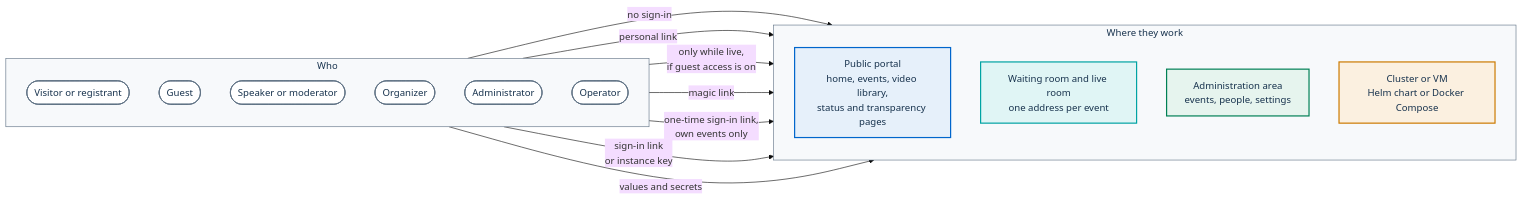
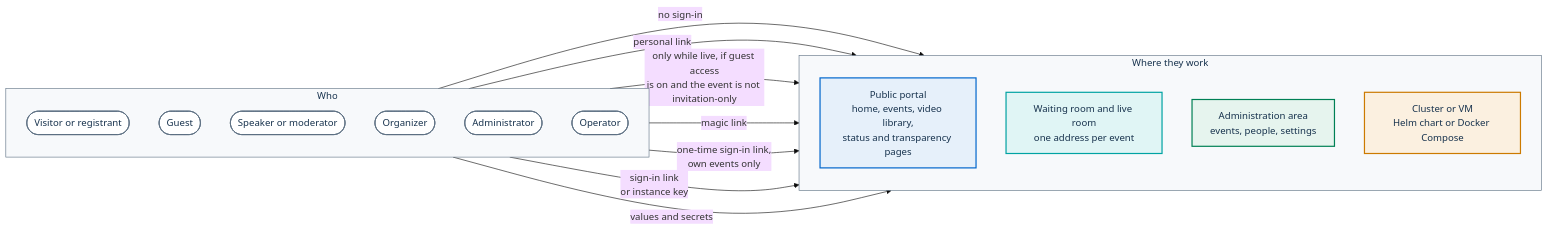
One commit to italia/pa-webinar changed the second of 2 diagrams in docs/FEATURES.md. Above: the diagram before and after it, drawn with Mermaid (base theme). The commit also changed other lines of this file and 107 other files, not shown here.

````diff
--- a/docs/FEATURES.md
+++ b/docs/FEATURES.md
@@ -76,43 +76,43 @@
 ```mermaid
 flowchart LR
   subgraph PEOPLE["Who"]
     direction TB
     R1(["Visitor or registrant"])
     R2(["Guest"])
     R3(["Speaker or moderator"])
     R4(["Organizer"])
     R5(["Administrator"])
     R6(["Operator"])
   end
 
   subgraph SURFACES["Where they work"]
     direction TB
     S1["Public portal<br/>home, events, video library,<br/>status and transparency pages"]
     S2["Waiting room and live room<br/>one address per event"]
     S3["Administration area<br/>events, people, settings"]
     S4["Cluster or VM<br/>Helm chart or Docker Compose"]
   end
 
   R1 -- "no sign-in" --> S1
   R1 -- "personal link" --> S2
-  R2 -- "only while live,<br/>if guest access is on" --> S2
+  R2 -- "only while live, if guest access<br/>is on and the event is not invitation-only" --> S2
   R3 -- "magic link" --> S2
   R4 -- "one-time sign-in link,<br/>own events only" --> S3
   R5 -- "sign-in link<br/>or instance key" --> S3
   R6 -- "values and secrets" --> S4
 
   classDef person fill:#FFFFFF,stroke:#5C6F82,stroke-width:1.5px,color:#17324D
   classDef portal fill:#E6F0FA,stroke:#0066CC,stroke-width:2px,color:#17324D
   classDef live fill:#E0F5F5,stroke:#00A3A3,stroke-width:2px,color:#17324D
   classDef admin fill:#E6F4EE,stroke:#008055,stroke-width:2px,color:#17324D
   classDef ops fill:#FBF0E0,stroke:#CC7A00,stroke-width:2px,color:#17324D
 
   class R1,R2,R3,R4,R5,R6 person
   class S1 portal
   class S2 live
   class S3 admin
   class S4 ops
 
   style PEOPLE fill:#F7F9FB,stroke:#5C6F82,stroke-width:1px,color:#17324D
   style SURFACES fill:#F7F9FB,stroke:#5C6F82,stroke-width:1px,color:#17324D
 ```
````
